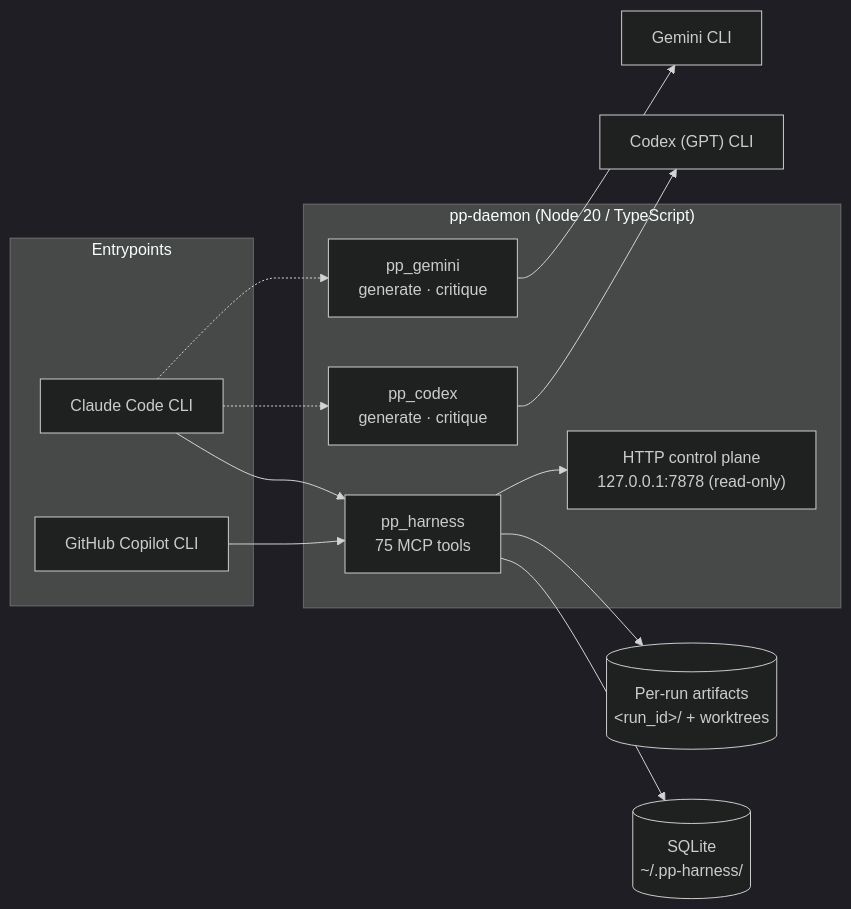
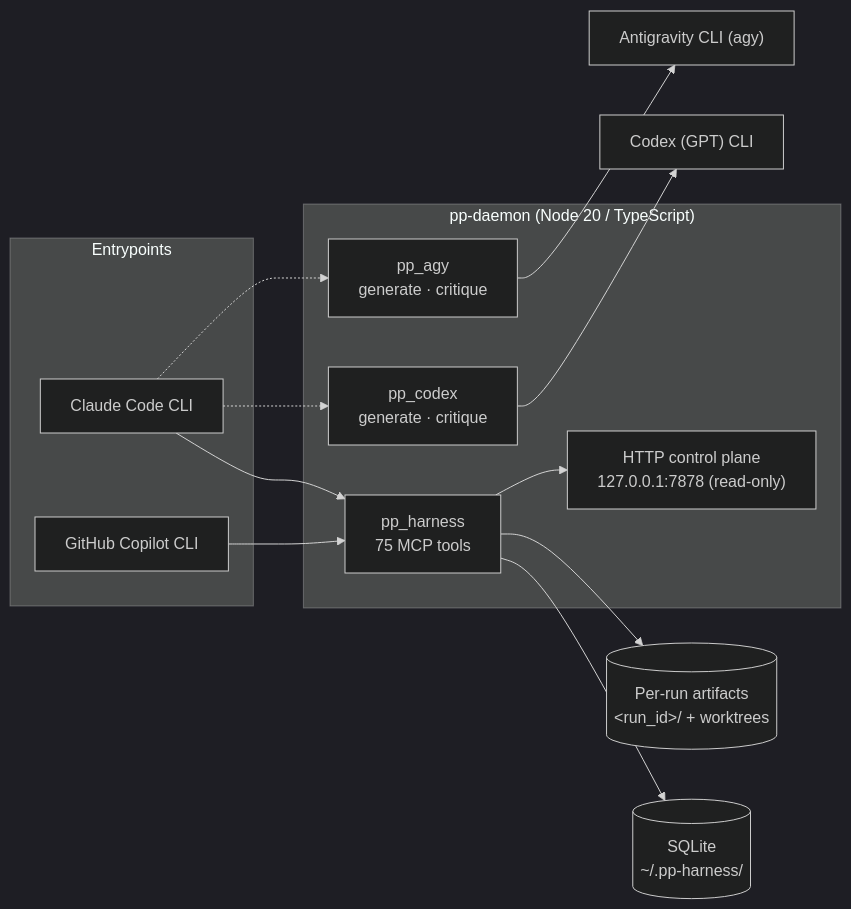
Before and after one commit to lebobo88/pair-programmer: the second of 7 diagrams in ARCHITECTURE.md, drawn with Mermaid. The commit also changed other lines of this file and 120 other files, not shown here.

````diff
--- a/ARCHITECTURE.md
+++ b/ARCHITECTURE.md
@@ -135,30 +135,30 @@
 ```mermaid
 %%{init: {'theme':'dark'}}%%
 graph LR
     subgraph Entrypoints
         CC["Claude Code CLI"]
         CP["GitHub Copilot CLI"]
     end
 
     subgraph Daemon["pp-daemon (Node 20 / TypeScript)"]
         H["pp_harness<br/>75 MCP tools"]
         CX["pp_codex<br/>generate · critique"]
-        GM["pp_gemini<br/>generate · critique"]
+        GM["pp_agy<br/>generate · critique"]
         HTTP["HTTP control plane<br/>127.0.0.1:7878 (read-only)"]
     end
 
     CODEX["Codex (GPT) CLI"]
-    GEMINI["Gemini CLI"]
+    AGY["Antigravity CLI (agy)"]
     DB[("SQLite<br/>~/.pp-harness/")]
     ART[("Per-run artifacts<br/>&lt;run_id&gt;/ + worktrees")]
 
     CC --> H
     CP --> H
     CC -.-> CX
     CC -.-> GM
     CX --> CODEX
-    GM --> GEMINI
+    GM --> AGY
     H --> DB
     H --> ART
     H --> HTTP
 ```
````
